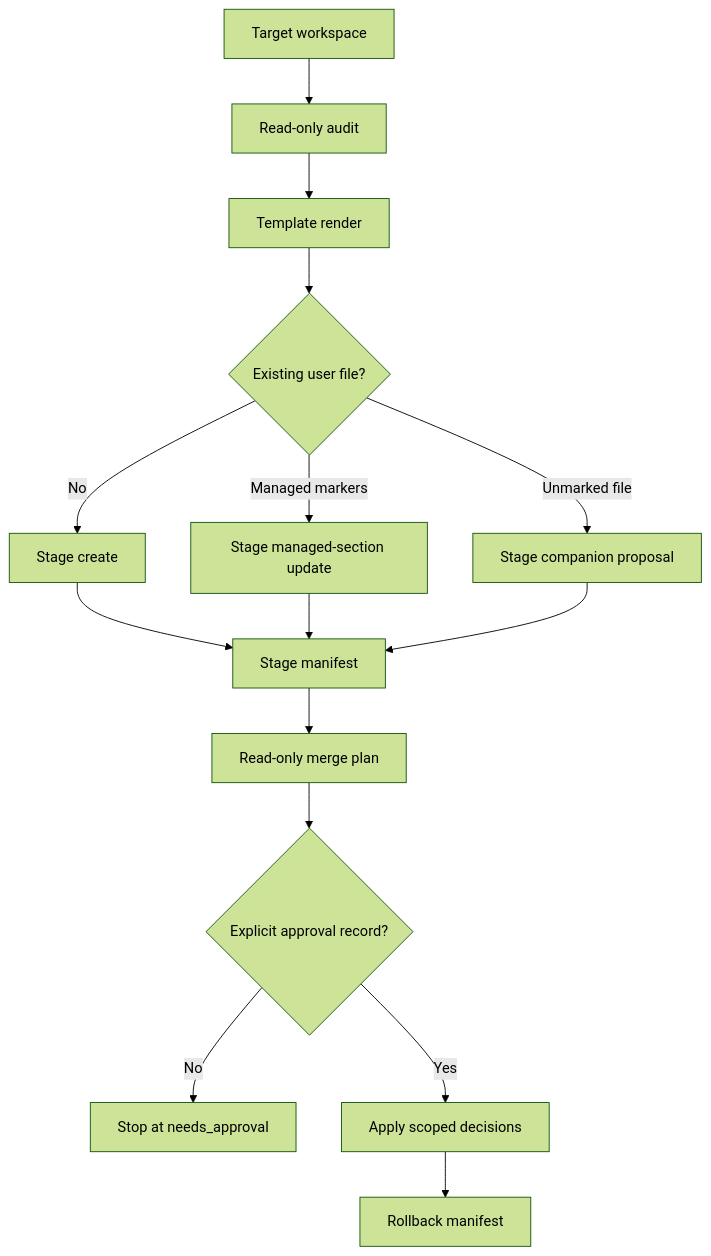
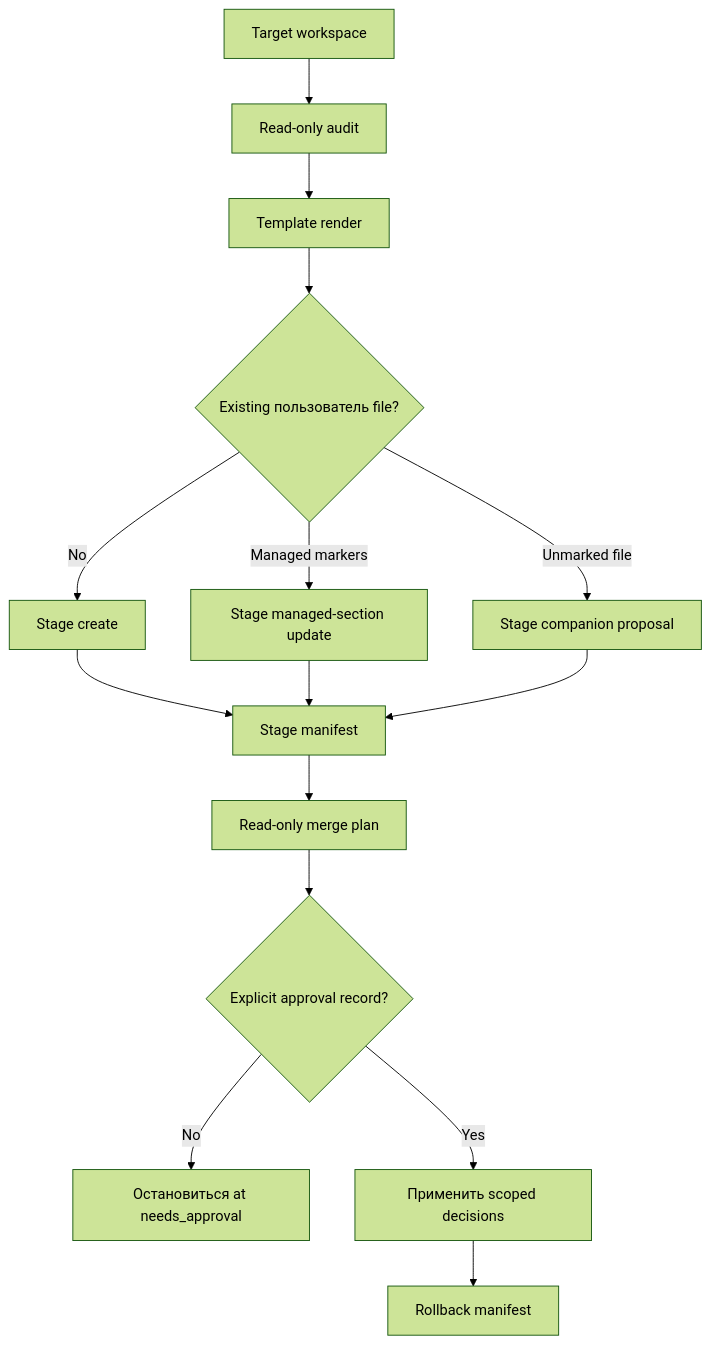
The seventh of 9 diagrams in docs/product-agent-os/architecture.md (alexroadcaster/product-agent-os), drawn with Mermaid (forest theme) before and after one commit. The commit also changed other lines of this file and 447 other files, not shown here.

````diff
--- a/docs/product-agent-os/architecture.md
+++ b/docs/product-agent-os/architecture.md
@@ -175,17 +175,17 @@
 ```mermaid
 flowchart TD
     A["Target workspace"] --> B["Read-only audit"]
     B --> C["Template render"]
-    C --> D{"Existing user file?"}
+    C --> D{"Existing пользователь file?"}
     D -->|No| E["Stage create"]
     D -->|Managed markers| F["Stage managed-section update"]
     D -->|Unmarked file| G["Stage companion proposal"]
     E --> H["Stage manifest"]
     F --> H
     G --> H
     H --> I["Read-only merge plan"]
     I --> J{"Explicit approval record?"}
-    J -->|No| K["Stop at needs_approval"]
-    J -->|Yes| L["Apply scoped decisions"]
+    J -->|No| K["Остановиться at needs_approval"]
+    J -->|Yes| L["Применить scoped decisions"]
     L --> M["Rollback manifest"]
 ```
````
